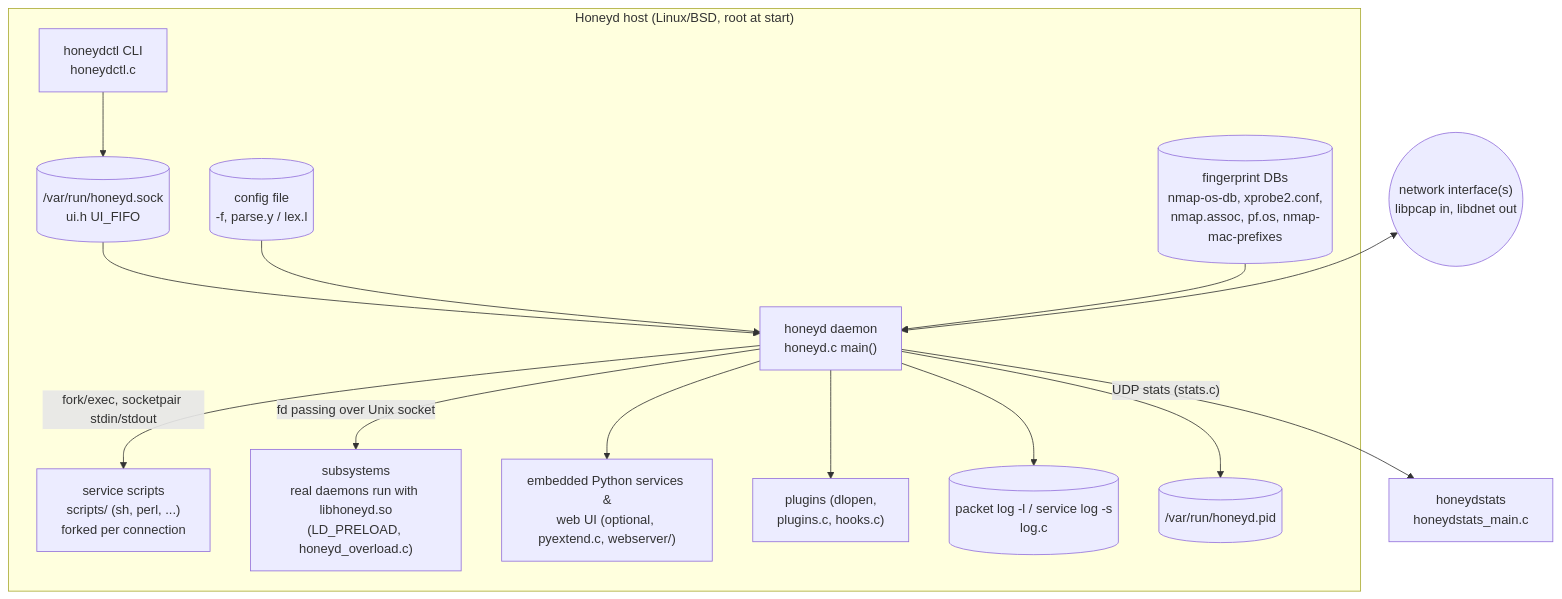
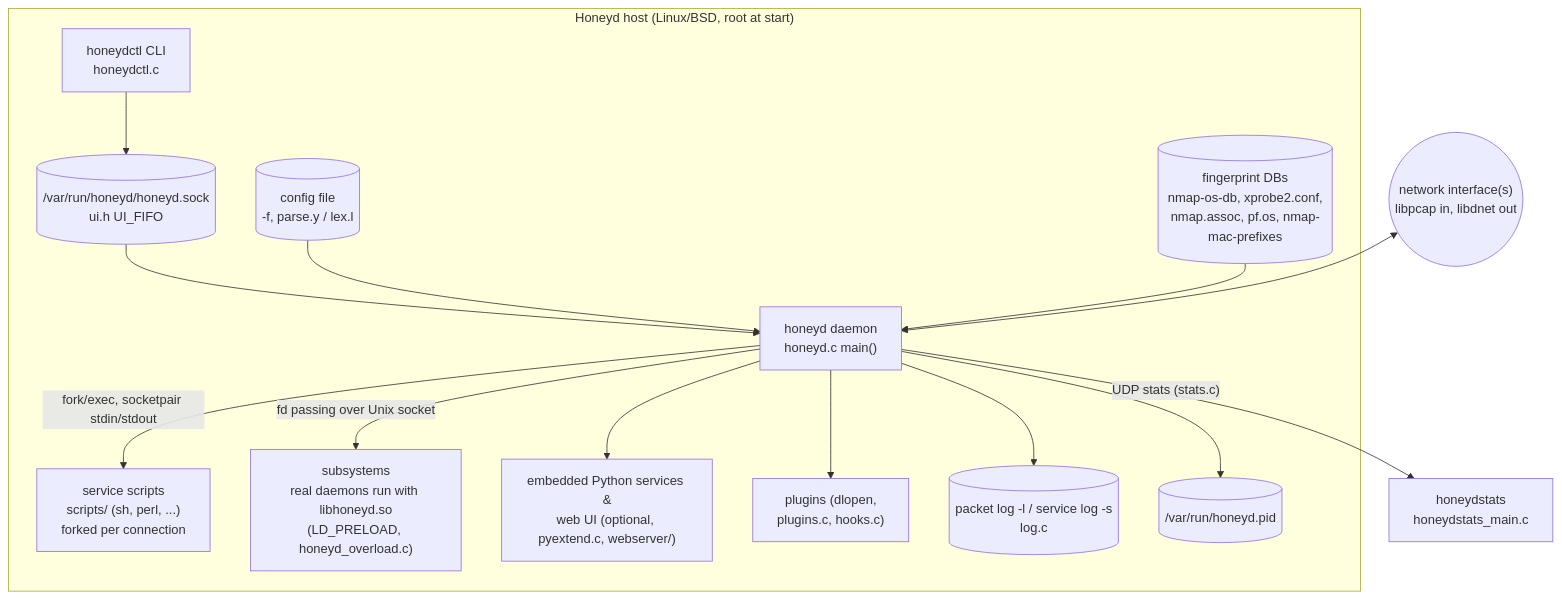
One commit to danieldejager/phantom-mirage changed the second of 2 diagrams in docs/architecture/01-system-context.md. Above: the diagram before and after it, drawn with Mermaid. The commit also changed other lines of this file and 8 other files, not shown here.

````diff
--- a/docs/architecture/01-system-context.md
+++ b/docs/architecture/01-system-context.md
@@ -30,30 +30,30 @@
 ```mermaid
 flowchart TB
     subgraph host["Honeyd host (Linux/BSD, root at start)"]
         honeyd["honeyd daemon<br/>honeyd.c main()"]
         honeydctl["honeydctl CLI<br/>honeydctl.c"]
-        uisock[("/var/run/honeyd.sock<br/>ui.h UI_FIFO")]
+        uisock[("/var/run/honeyd/honeyd.sock<br/>ui.h UI_FIFO")]
         cfg[("config file<br/>-f, parse.y / lex.l")]
         fp[("fingerprint DBs<br/>nmap-os-db, xprobe2.conf,<br/>nmap.assoc, pf.os, nmap-mac-prefixes")]
         scripts["service scripts<br/>scripts/ (sh, perl, ...)<br/>forked per connection"]
         subsys["subsystems<br/>real daemons run with libhoneyd.so<br/>(LD_PRELOAD, honeyd_overload.c)"]
         py["embedded Python services &<br/>web UI (optional, pyextend.c, webserver/)"]
         plugins["plugins (dlopen,<br/>plugins.c, hooks.c)"]
         logs[("packet log -l / service log -s<br/>log.c")]
         pid[("/var/run/honeyd.pid")]
     end
     stats["honeydstats<br/>honeydstats_main.c"]
     net(("network interface(s)<br/>libpcap in, libdnet out"))
 
     honeydctl --> uisock --> honeyd
     cfg --> honeyd
     fp --> honeyd
     honeyd -- "fork/exec, socketpair stdin/stdout" --> scripts
     honeyd -- "fd passing over Unix socket" --> subsys
     honeyd --> py
     honeyd --> plugins
     honeyd --> logs
     honeyd --> pid
     honeyd -- "UDP stats (stats.c)" --> stats
     net <--> honeyd
 ```
````
